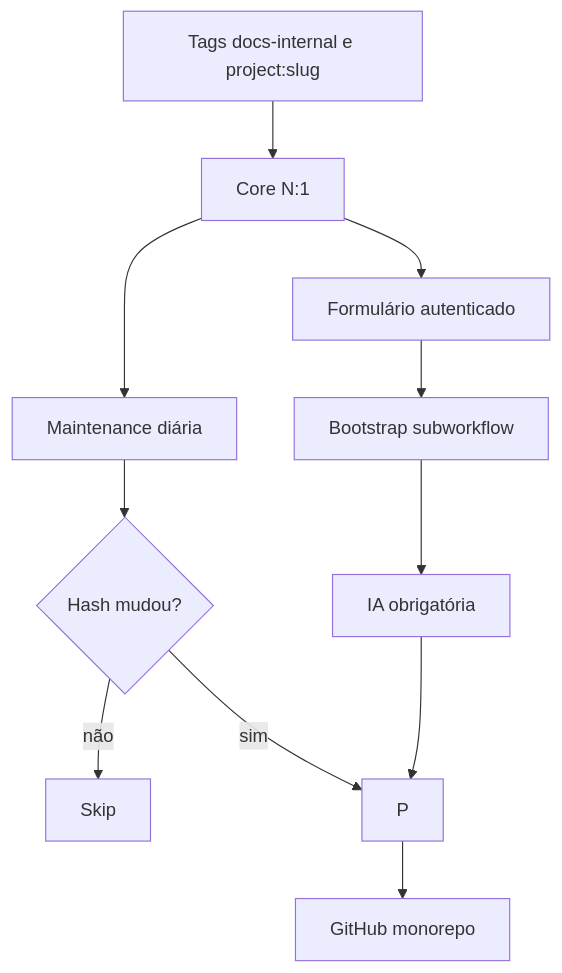
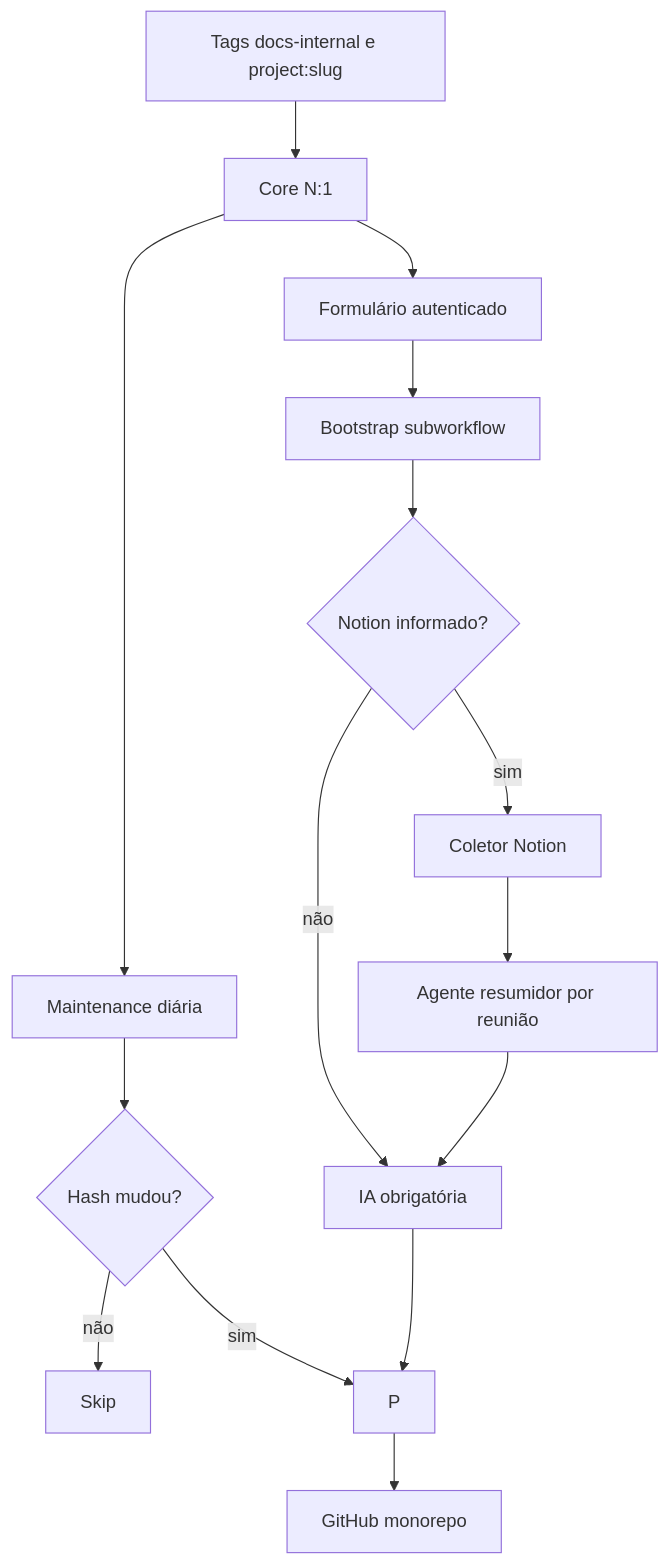
One commit to jhvlima/n8n-workflows changed the diagram in docs/ARCHITECTURE.md. Above: the diagram before and after it, drawn with Mermaid. The commit also changed other lines of this file and 30 other files, not shown here.

````diff
--- a/docs/ARCHITECTURE.md
+++ b/docs/ARCHITECTURE.md
@@ -5,13 +5,17 @@
 ```mermaid
 flowchart TD
     T[Tags docs-internal e project:slug] --> C[Core N:1]
     C --> F[Formulário autenticado]
     F --> B[Bootstrap subworkflow]
+    B --> Q{Notion informado?}
+    Q -->|sim| N[Coletor Notion]
+    N --> R[Agente resumidor por reunião]
+    Q -->|não| A[IA obrigatória]
+    R --> A
     C --> M[Maintenance diária]
-    B --> A[IA obrigatória]
     M --> D{Hash mudou?}
     D -->|não| S[Skip]
     D -->|sim| P
     A --> P
     P --> G[GitHub monorepo]
 ```
````
